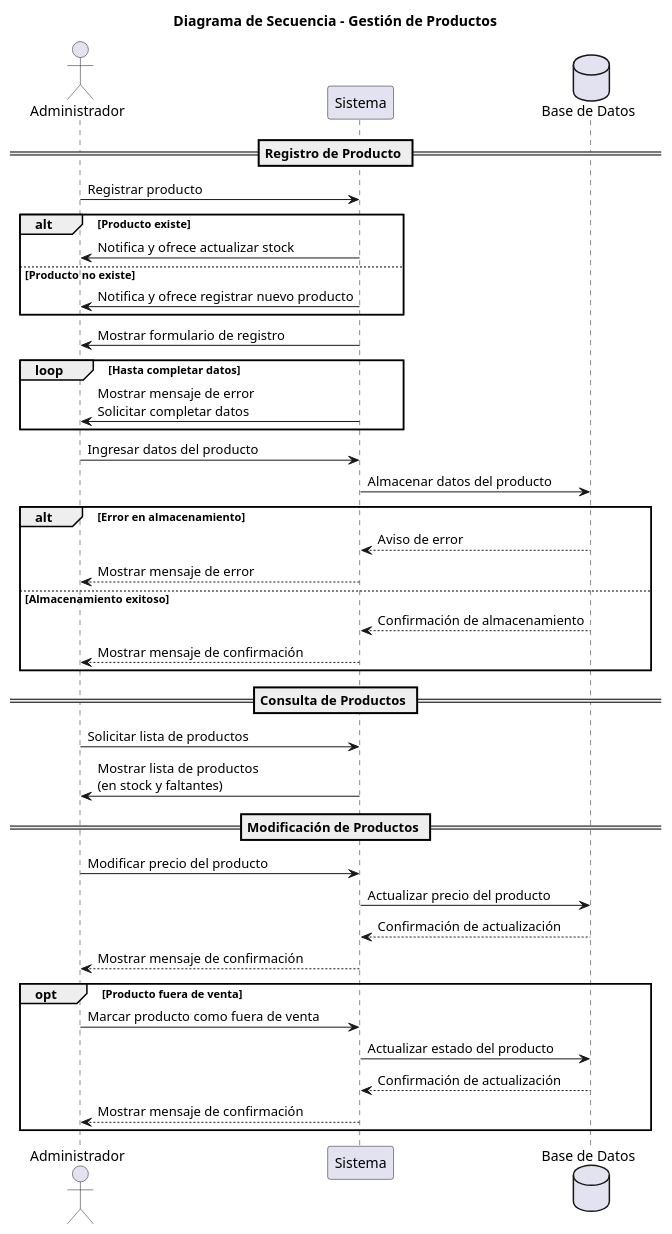
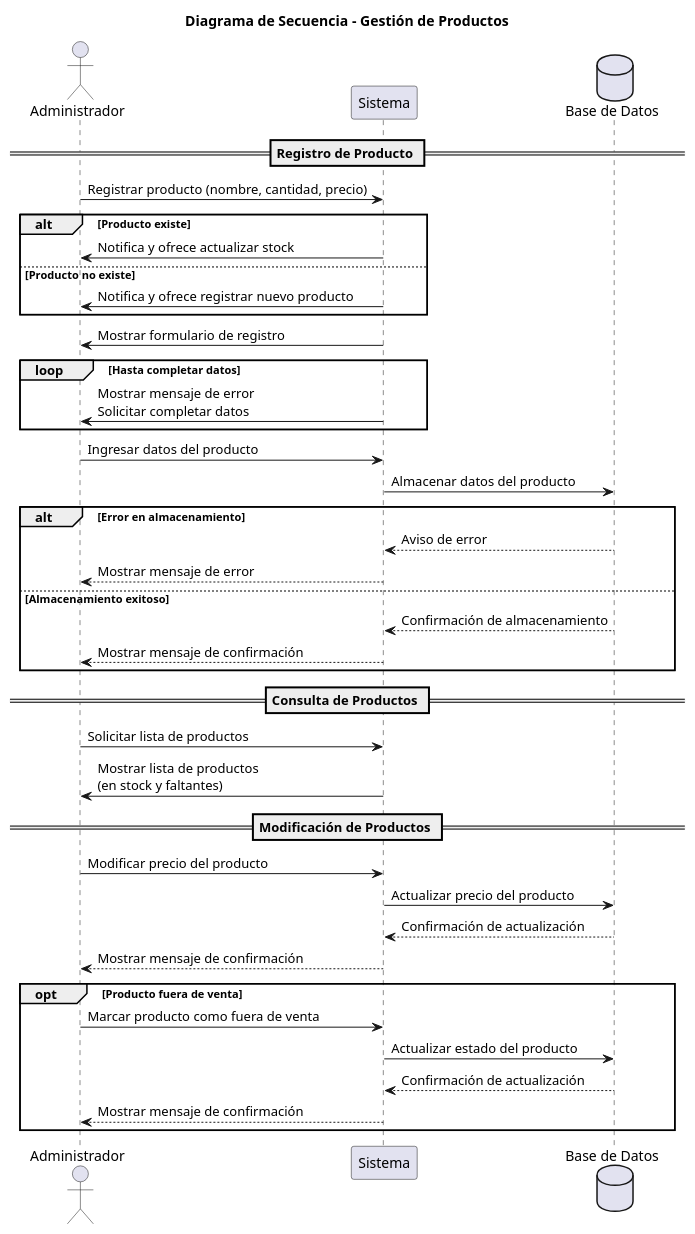
The diagram in 08-Diagrama-secuencia/04_Productos (D.S).puml (Luci1274/PPI_Proyecto_gomeria), drawn with PlantUML before and after one commit.

Commit message:
agregado
agregado de datos al resgistro de productos

```diff
--- a/08-Diagrama-secuencia/04_Productos (D.S).puml
+++ b/08-Diagrama-secuencia/04_Productos (D.S).puml
@@ -1,54 +1,54 @@
 @startuml
 title Diagrama de Secuencia - Gestión de Productos
 
 actor Administrador
 participant "Sistema" as Sistema
 database "Base de Datos" as DB
 
 == Registro de Producto ==
 
-Administrador -> Sistema: Registrar producto
+Administrador -> Sistema: Registrar producto (nombre, cantidad, precio)
 
 alt Producto existe
     Sistema -> Administrador: Notifica y ofrece actualizar stock
 else Producto no existe
     Sistema -> Administrador: Notifica y ofrece registrar nuevo producto
 end
 
 Sistema -> Administrador: Mostrar formulario de registro
 
 loop Hasta completar datos
     Sistema -> Administrador: Mostrar mensaje de error\nSolicitar completar datos
 end
 
 Administrador -> Sistema: Ingresar datos del producto
 Sistema -> DB: Almacenar datos del producto
 
 alt Error en almacenamiento
     DB --> Sistema: Aviso de error
     Sistema --> Administrador: Mostrar mensaje de error
 else Almacenamiento exitoso
     DB --> Sistema: Confirmación de almacenamiento
     Sistema --> Administrador: Mostrar mensaje de confirmación
 end
 
 == Consulta de Productos ==
 
 Administrador -> Sistema: Solicitar lista de productos
 Sistema -> Administrador: Mostrar lista de productos\n(en stock y faltantes)
 
 == Modificación de Productos ==
 
 Administrador -> Sistema: Modificar precio del producto
 Sistema -> DB: Actualizar precio del producto
 DB --> Sistema: Confirmación de actualización
 Sistema --> Administrador: Mostrar mensaje de confirmación
 
 opt Producto fuera de venta
     Administrador -> Sistema: Marcar producto como fuera de venta
     Sistema -> DB: Actualizar estado del producto
     DB --> Sistema: Confirmación de actualización
     Sistema --> Administrador: Mostrar mensaje de confirmación
 end
 
 @enduml
```
